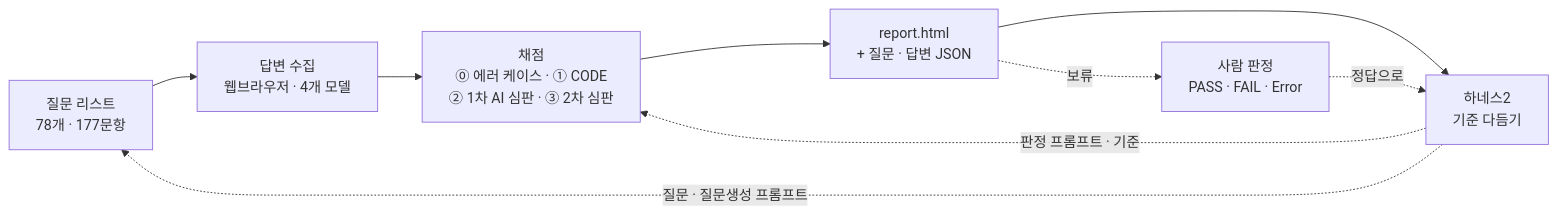
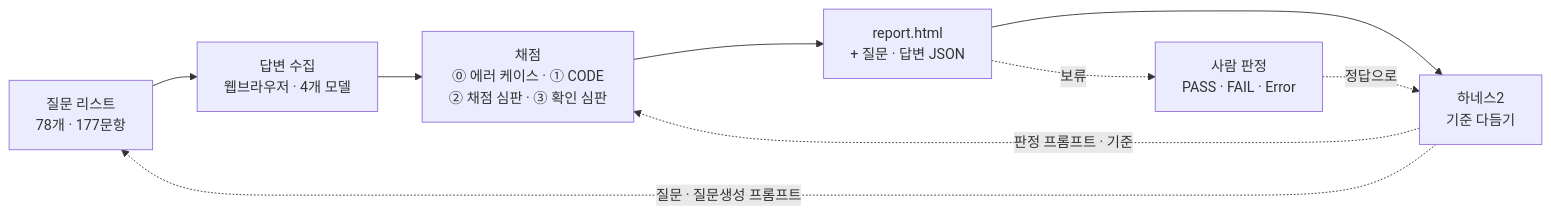
One commit to yunjae305/ModelGrade changed the first of 3 diagrams in README.md. Above: the diagram before and after it, drawn with Mermaid. The commit also changed other lines of this file and 642 other files, not shown here.

````diff
--- a/README.md
+++ b/README.md
@@ -29,11 +29,11 @@
 ```mermaid
 flowchart LR
     Q["질문 리스트<br/>78개 · 177문항"] --> C["답변 수집<br/>웹브라우저 · 4개 모델"]
-    C --> J["채점<br/>⓪ 에러 케이스 · ① CODE<br/>② 1차 AI 심판 · ③ 2차 심판"]
+    C --> J["채점<br/>⓪ 에러 케이스 · ① CODE<br/>② 채점 심판 · ③ 확인 심판"]
     J --> R["report.html<br/>+ 질문 · 답변 JSON"]
     R --> H["하네스2<br/>기준 다듬기"]
     R -. 보류 .-> P["사람 판정<br/>PASS · FAIL · Error"]
     P -. 정답으로 .-> H
     H -. 판정 프롬프트 · 기준 .-> J
     H -. 질문 · 질문생성 프롬프트 .-> Q
 ```
````
